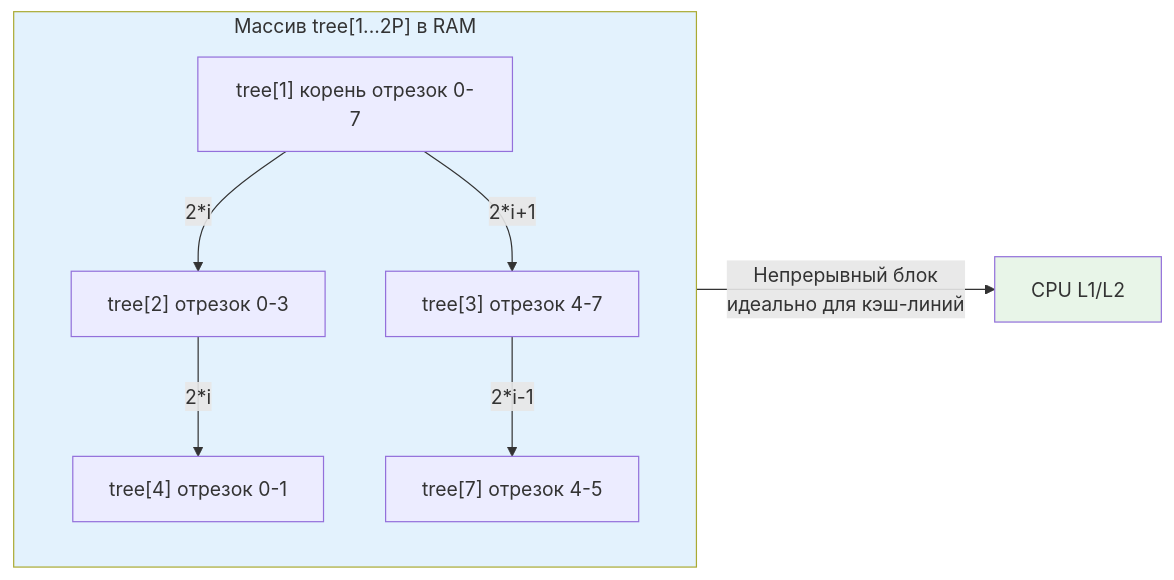
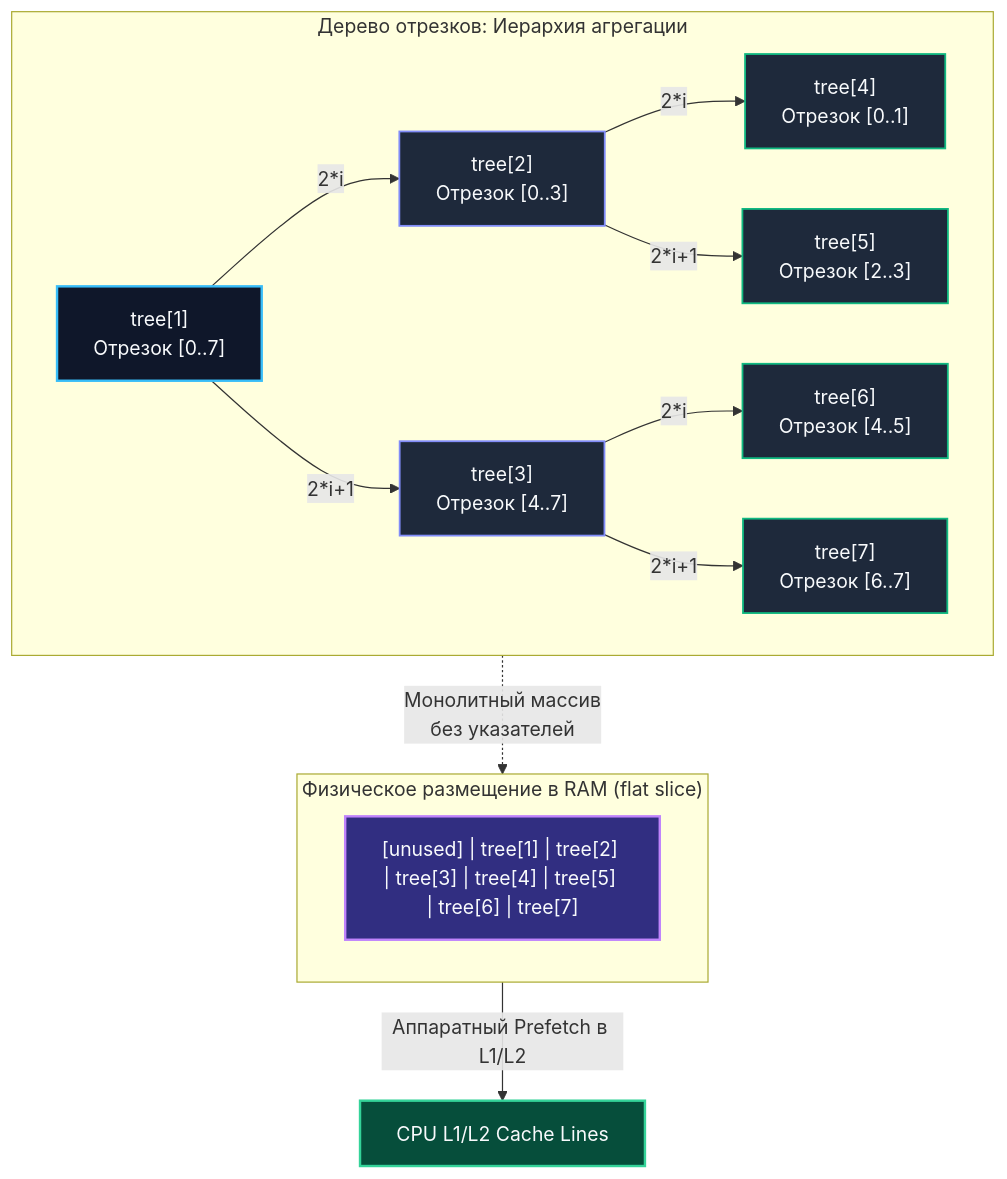
One commit to UnrealTemplier/go-textbook changed the diagram in sources/20. Алгоритмы и структуры данных (DSA) на Go/07. Продвинутые структуры данных/1. Segment tree - дерево отрезков.md. Above: the diagram before and after it, drawn with Mermaid. The commit also changed other lines of this file, not shown here.

Commit message:
feat(module-20): editorial rewrite of 07.1 Segment tree in Kernighan style

````diff
--- a/sources/20. Алгоритмы и структуры данных (DSA) на Go/07. Продвинутые структуры данных/1. Segment tree - дерево отрезков.md
+++ b/sources/20. Алгоритмы и структуры данных (DSA) на Go/07. Продвинутые структуры данных/1. Segment tree - дерево отрезков.md
@@ -24,20 +51,38 @@
 ```mermaid
-flowchart LR
-    subgraph Array["Массив tree[1...2P] в RAM"]
-        T1["tree[1] корень отрезок 0-7"]
-        T2["tree[2] отрезок 0-3"]
-        T3["tree[3] отрезок 4-7"]
-        T4["tree[4] отрезок 0-1"]
-        T5["tree[7] отрезок 4-5"]
+flowchart TD
+    subgraph TreeStructure["Дерево отрезков: Иерархия агрегации"]
+        T1["tree[1]<br/>Отрезок [0..7]"]
+        T2["tree[2]<br/>Отрезок [0..3]"]
+        T3["tree[3]<br/>Отрезок [4..7]"]
+        T4["tree[4]<br/>Отрезок [0..1]"]
+        T5["tree[5]<br/>Отрезок [2..3]"]
+        T6["tree[6]<br/>Отрезок [4..5]"]
+        T7["tree[7]<br/>Отрезок [6..7]"]
     end
 
-    T1 -->|2*i| T2
-    T1 -->|2*i+1| T3
-    T2 -->|2*i| T4
-    T3 -->|2*i-1| T5
-    
-    Array -->|Непрерывный блок<br>идеально для кэш-линий| CPU["CPU L1/L2"]
-    
-    style Array fill:#e3f2fd
-    style CPU fill:#e8f5e8
+    T1 -->|"2*i"| T2
+    T1 -->|"2*i+1"| T3
+    T2 -->|"2*i"| T4
+    T2 -->|"2*i+1"| T5
+    T3 -->|"2*i"| T6
+    T3 -->|"2*i+1"| T7
+
+    subgraph MemoryLayout["Физическое размещение в RAM (flat slice)"]
+        Flat["[unused] | tree[1] | tree[2] | tree[3] | tree[4] | tree[5] | tree[6] | tree[7]"]
+    end
+
+    TreeStructure -.->|"Монолитный массив<br/>без указателей"| MemoryLayout
+    MemoryLayout -->|"Аппаратный Prefetch в L1/L2"| CPU["CPU L1/L2 Cache Lines"]
+
+    classDef rootBox fill:#0f172a,stroke:#38bdf8,stroke-width:2px,color:#f8fafc;
+    classDef nodeBox fill:#1e293b,stroke:#818cf8,stroke-width:1.5px,color:#f8fafc;
+    classDef leafBox fill:#1e293b,stroke:#10b981,stroke-width:1.5px,color:#f8fafc;
+    classDef memBox fill:#312e81,stroke:#c084fc,stroke-width:2px,color:#f8fafc;
+    classDef cpuBox fill:#064e3b,stroke:#34d399,stroke-width:2px,color:#f8fafc;
+
+    class T1 rootBox;
+    class T2,T3 nodeBox;
+    class T4,T5,T6,T7 leafBox;
+    class Flat memBox;
+    class CPU cpuBox;
 ```
````
